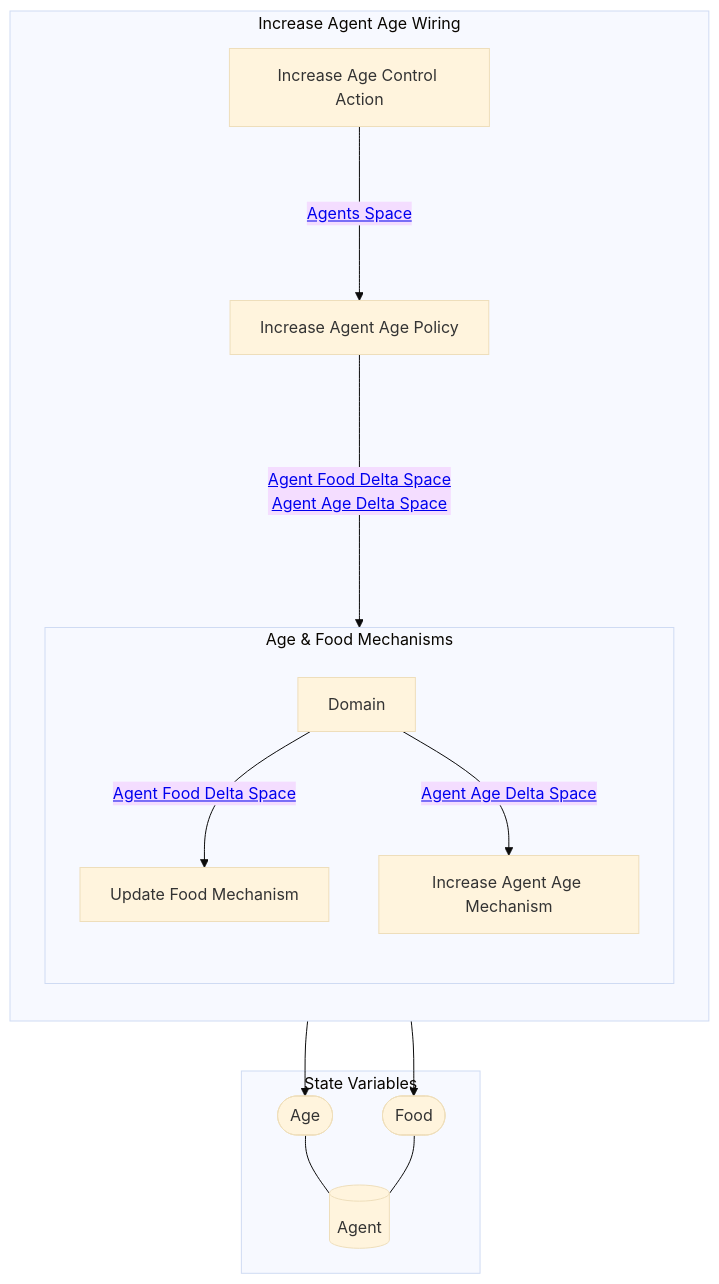
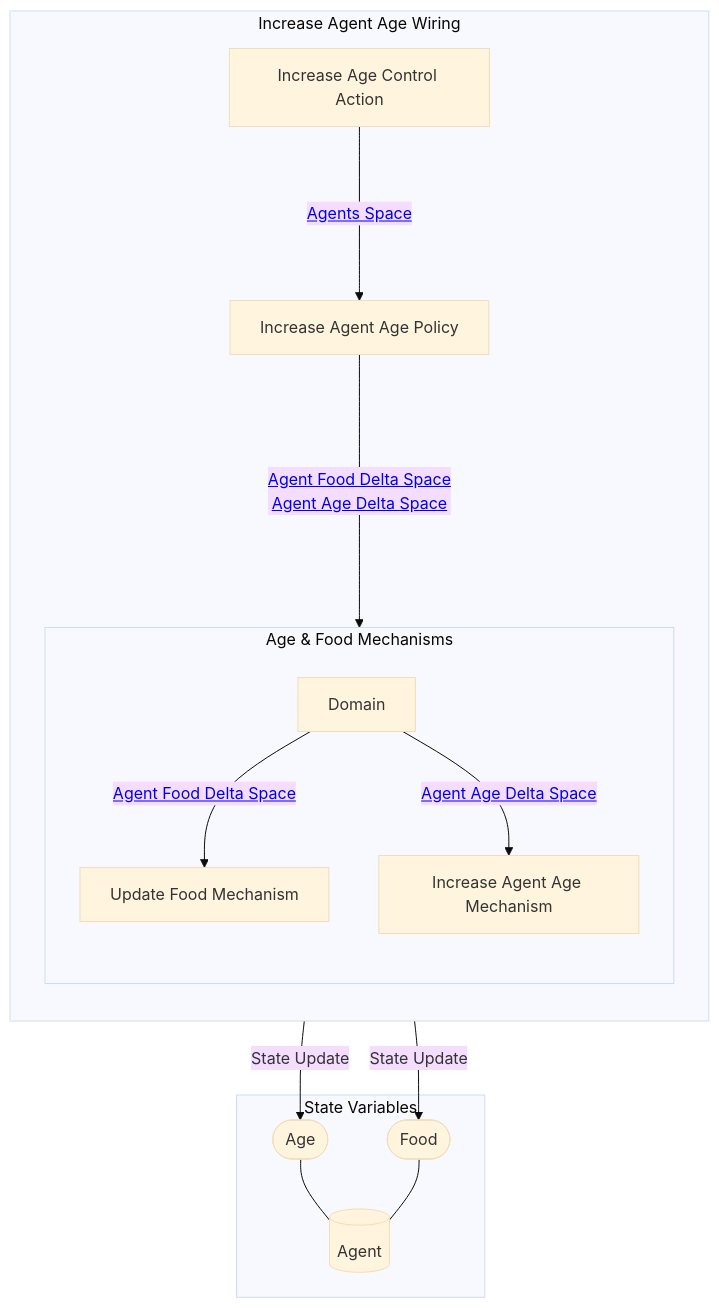
Before and after one commit to BlockScience/Predator-Prey-MSML: the second of 2 diagrams in reports/obsidian/Wiring/Increase Agent Age Wiring.md, drawn with Mermaid (base theme). The commit also changed other lines of this file and 35 other files, not shown here.

````diff
--- a/reports/obsidian/Wiring/Increase Agent Age Wiring.md
+++ b/reports/obsidian/Wiring/Increase Agent Age Wiring.md
@@ -35,40 +35,40 @@
 ```mermaid
 graph TB
 
 subgraph SVS["State Variables"]
 EE0[("Agent")]
 EES0(["Age"])
 EES0 --- EE0
 EES1(["Food"])
 EES1 --- EE0
 end
 
 subgraph X8["Increase Agent Age Wiring"]
 direction TB
 X1["Increase Age Control Action"]
 X2["Increase Agent Age Policy"]
 subgraph X7["Age & Food Mechanisms"]
 direction TB
 X3["Update Food Mechanism"]
-X3 --> EES1
+X3 --"State Update"--> EES1
 X4["Increase Agent Age Mechanism"]
-X4 --> EES0
+X4 --"State Update"--> EES0
 X5[Domain]
 
 direction LR
 direction TB
 X5 --"<a href='Agent Food Delta Space' class=internal-link>Agent Food Delta Space</a>"--> X3
 X5 --"<a href='Agent Age Delta Space' class=internal-link>Agent Age Delta Space</a>"--> X4
 end
 X1--"<a href='Agents Space' class=internal-link>Agents Space</a>"--->X2
 X2--"<a href='Agent Food Delta Space' class=internal-link>Agent Food Delta Space</a>
 <a href='Agent Age Delta Space' class=internal-link>Agent Age Delta Space</a>"---->X7
 end
 class X1 internal-link;
 class X2 internal-link;
 class X3 internal-link;
 class X4 internal-link;
 class X6 internal-link;
 class EE0 internal-link;
 
 ```
````
